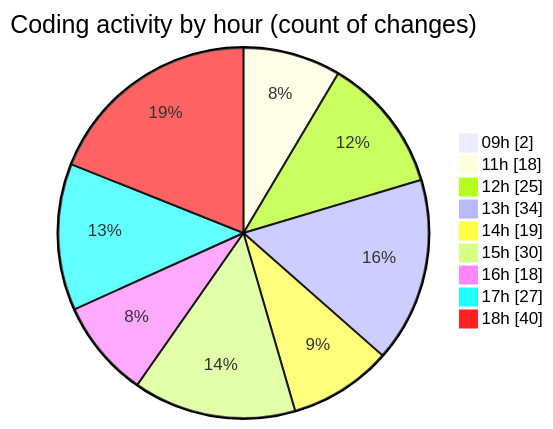
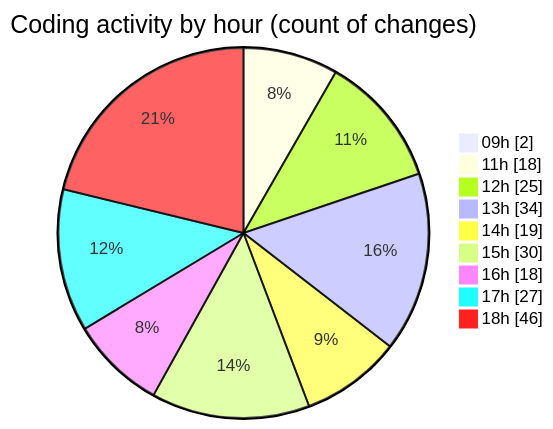
The second of 2 diagrams in 2025-06-30/cda/README.md (momahboobian/code-tracking), drawn with Mermaid before and after one commit. The commit also changed other lines of this file and 1 other file, not shown here.

````diff
--- a/2025-06-30/cda/README.md
+++ b/2025-06-30/cda/README.md
@@ -54,13 +54,13 @@
 ```mermaid
 pie showData
 title Coding activity by hour (count of changes)
 "09h" : 2
 "11h" : 18
 "12h" : 25
 "13h" : 34
 "14h" : 19
 "15h" : 30
 "16h" : 18
 "17h" : 27
-"18h" : 40
+"18h" : 46
 ```
````
